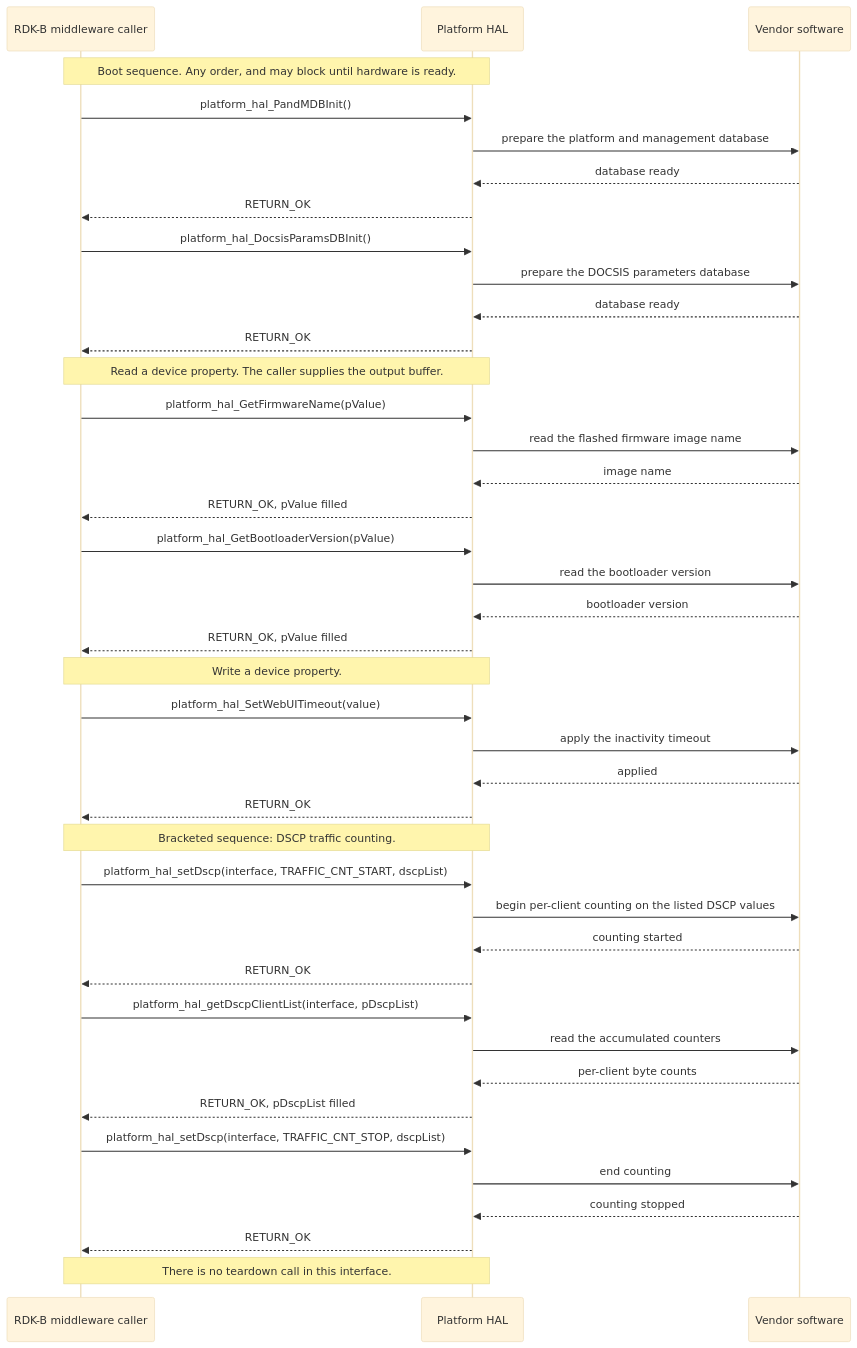
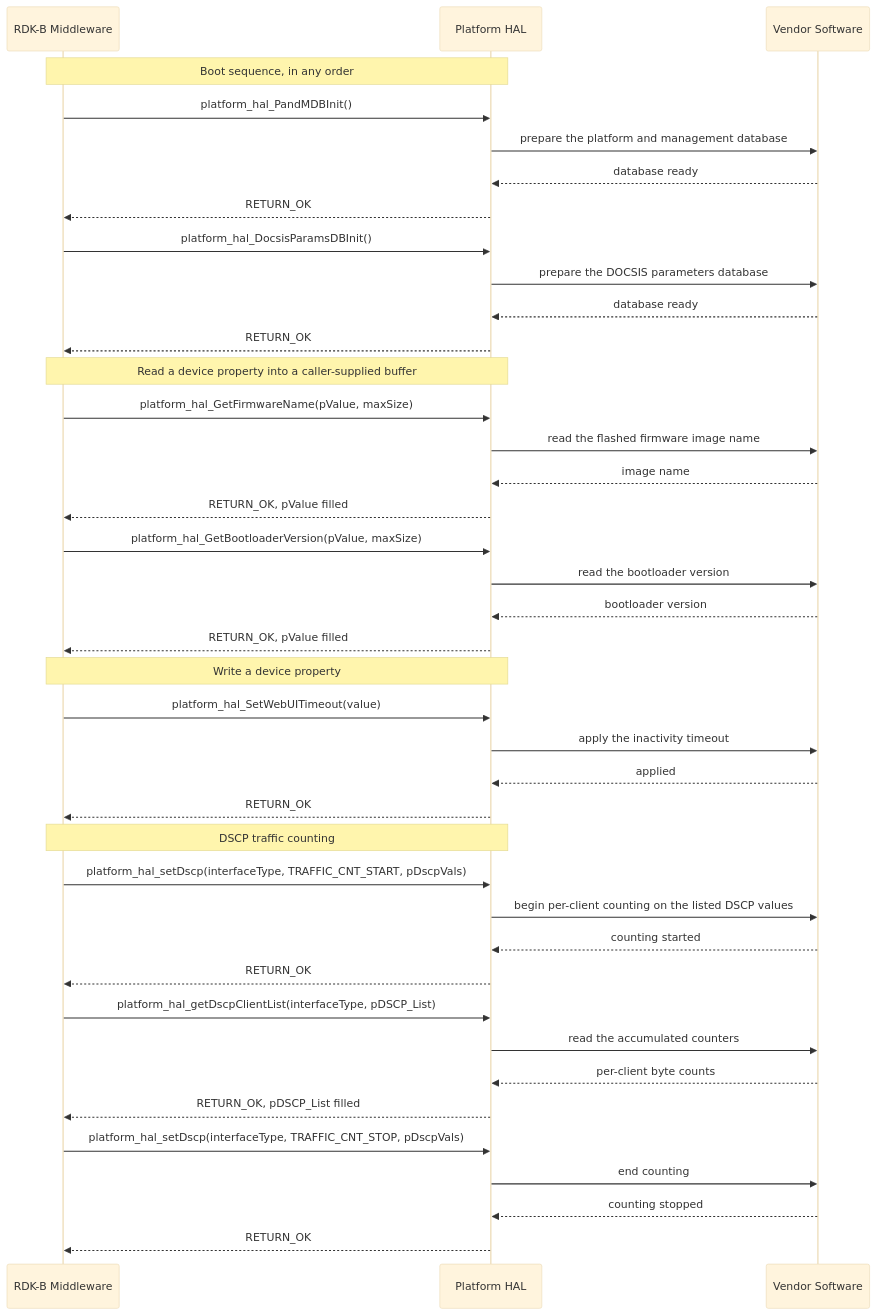
The second of 2 diagrams in docs/pages/halSpec.md (Blitzy-Sky/rdkb-halif-platform), drawn with Mermaid (base theme) before and after one commit. The commit also changed other lines of this file, not shown here.

First line of the commit message:
docs: simplify the Platform_HAL specification

````diff
--- a/docs/pages/halSpec.md
+++ b/docs/pages/halSpec.md
@@ -1084,43 +539,42 @@
 ```mermaid
 sequenceDiagram
-    participant Caller as RDK-B middleware caller
-    participant PHAL as Platform HAL
-    participant Vendor as Vendor software
-    Note over Caller,PHAL: Boot sequence. Any order, and may block until hardware is ready.
-    Caller->>PHAL: platform_hal_PandMDBInit()
-    PHAL->>Vendor: prepare the platform and management database
-    Vendor-->>PHAL: database ready
-    PHAL-->>Caller: RETURN_OK
-    Caller->>PHAL: platform_hal_DocsisParamsDBInit()
-    PHAL->>Vendor: prepare the DOCSIS parameters database
-    Vendor-->>PHAL: database ready
-    PHAL-->>Caller: RETURN_OK
-    Note over Caller,PHAL: Read a device property. The caller supplies the output buffer.
-    Caller->>PHAL: platform_hal_GetFirmwareName(pValue)
-    PHAL->>Vendor: read the flashed firmware image name
-    Vendor-->>PHAL: image name
-    PHAL-->>Caller: RETURN_OK, pValue filled
-    Caller->>PHAL: platform_hal_GetBootloaderVersion(pValue)
-    PHAL->>Vendor: read the bootloader version
-    Vendor-->>PHAL: bootloader version
-    PHAL-->>Caller: RETURN_OK, pValue filled
-    Note over Caller,PHAL: Write a device property.
-    Caller->>PHAL: platform_hal_SetWebUITimeout(value)
-    PHAL->>Vendor: apply the inactivity timeout
-    Vendor-->>PHAL: applied
-    PHAL-->>Caller: RETURN_OK
-    Note over Caller,PHAL: Bracketed sequence: DSCP traffic counting.
-    Caller->>PHAL: platform_hal_setDscp(interface, TRAFFIC_CNT_START, dscpList)
-    PHAL->>Vendor: begin per-client counting on the listed DSCP values
-    Vendor-->>PHAL: counting started
-    PHAL-->>Caller: RETURN_OK
-    Caller->>PHAL: platform_hal_getDscpClientList(interface, pDscpList)
-    PHAL->>Vendor: read the accumulated counters
-    Vendor-->>PHAL: per-client byte counts
-    PHAL-->>Caller: RETURN_OK, pDscpList filled
-    Caller->>PHAL: platform_hal_setDscp(interface, TRAFFIC_CNT_STOP, dscpList)
-    PHAL->>Vendor: end counting
-    Vendor-->>PHAL: counting stopped
-    PHAL-->>Caller: RETURN_OK
-    Note over Caller,PHAL: There is no teardown call in this interface.
+    participant Caller as RDK-B Middleware
+    participant HAL as Platform HAL
+    participant Vendor as Vendor Software
+    Note over Caller,HAL: Boot sequence, in any order
+    Caller->>HAL: platform_hal_PandMDBInit()
+    HAL->>Vendor: prepare the platform and management database
+    Vendor-->>HAL: database ready
+    HAL-->>Caller: RETURN_OK
+    Caller->>HAL: platform_hal_DocsisParamsDBInit()
+    HAL->>Vendor: prepare the DOCSIS parameters database
+    Vendor-->>HAL: database ready
+    HAL-->>Caller: RETURN_OK
+    Note over Caller,HAL: Read a device property into a caller-supplied buffer
+    Caller->>HAL: platform_hal_GetFirmwareName(pValue, maxSize)
+    HAL->>Vendor: read the flashed firmware image name
+    Vendor-->>HAL: image name
+    HAL-->>Caller: RETURN_OK, pValue filled
+    Caller->>HAL: platform_hal_GetBootloaderVersion(pValue, maxSize)
+    HAL->>Vendor: read the bootloader version
+    Vendor-->>HAL: bootloader version
+    HAL-->>Caller: RETURN_OK, pValue filled
+    Note over Caller,HAL: Write a device property
+    Caller->>HAL: platform_hal_SetWebUITimeout(value)
+    HAL->>Vendor: apply the inactivity timeout
+    Vendor-->>HAL: applied
+    HAL-->>Caller: RETURN_OK
+    Note over Caller,HAL: DSCP traffic counting
+    Caller->>HAL: platform_hal_setDscp(interfaceType, TRAFFIC_CNT_START, pDscpVals)
+    HAL->>Vendor: begin per-client counting on the listed DSCP values
+    Vendor-->>HAL: counting started
+    HAL-->>Caller: RETURN_OK
+    Caller->>HAL: platform_hal_getDscpClientList(interfaceType, pDSCP_List)
+    HAL->>Vendor: read the accumulated counters
+    Vendor-->>HAL: per-client byte counts
+    HAL-->>Caller: RETURN_OK, pDSCP_List filled
+    Caller->>HAL: platform_hal_setDscp(interfaceType, TRAFFIC_CNT_STOP, pDscpVals)
+    HAL->>Vendor: end counting
+    Vendor-->>HAL: counting stopped
+    HAL-->>Caller: RETURN_OK
 ```
````
